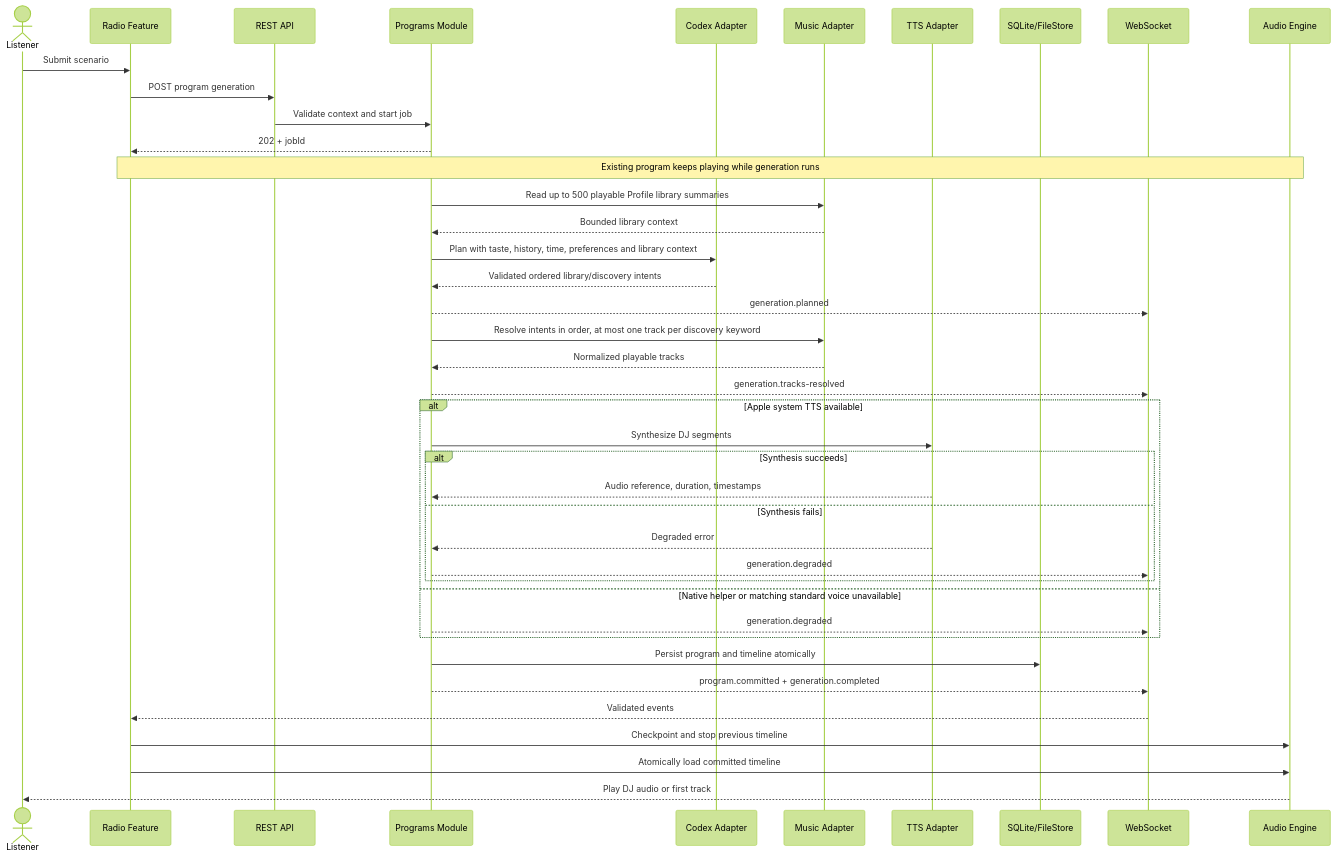
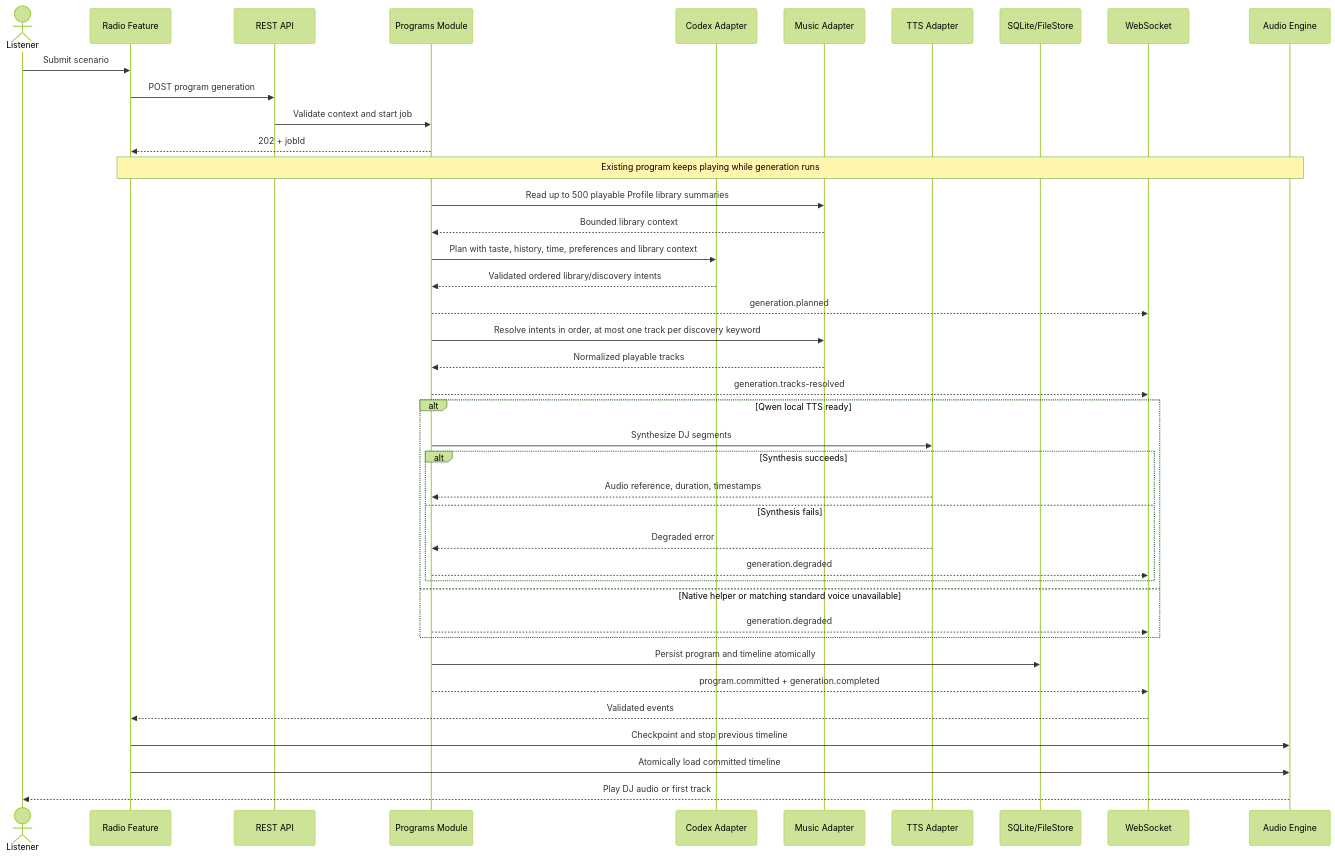
Before and after one commit to komochi007/koradio: the third of 8 diagrams in architecture.md, drawn with Mermaid (forest theme). The commit also changed other lines of this file and 67 other files, not shown here.

Commit message:
feat(UX-10): replace system TTS with local Qwen3 voices

````diff
--- a/architecture.md
+++ b/architecture.md
@@ -124,43 +124,43 @@
 ```mermaid
 sequenceDiagram
     actor U as Listener
     participant W as Radio Feature
     participant A as REST API
     participant P as Programs Module
     participant C as Codex Adapter
     participant M as Music Adapter
     participant T as TTS Adapter
     participant D as SQLite/FileStore
     participant E as WebSocket
     participant X as Audio Engine
     U->>W: Submit scenario
     W->>A: POST program generation
     A->>P: Validate context and start job
     P-->>W: 202 + jobId
     Note over W,X: Existing program keeps playing while generation runs
     P->>M: Read up to 500 playable Profile library summaries
     M-->>P: Bounded library context
     P->>C: Plan with taste, history, time, preferences and library context
     C-->>P: Validated ordered library/discovery intents
     P-->>E: generation.planned
     P->>M: Resolve intents in order, at most one track per discovery keyword
     M-->>P: Normalized playable tracks
     P-->>E: generation.tracks-resolved
-    alt Apple system TTS available
+    alt Qwen local TTS ready
         P->>T: Synthesize DJ segments
         alt Synthesis succeeds
             T-->>P: Audio reference, duration, timestamps
         else Synthesis fails
             T-->>P: Degraded error
             P-->>E: generation.degraded
         end
     else Native helper or matching standard voice unavailable
         P-->>E: generation.degraded
     end
     P->>D: Persist program and timeline atomically
     P-->>E: program.committed + generation.completed
     E-->>W: Validated events
     W->>X: Checkpoint and stop previous timeline
     W->>X: Atomically load committed timeline
     X-->>U: Play DJ audio or first track
 ```
````
